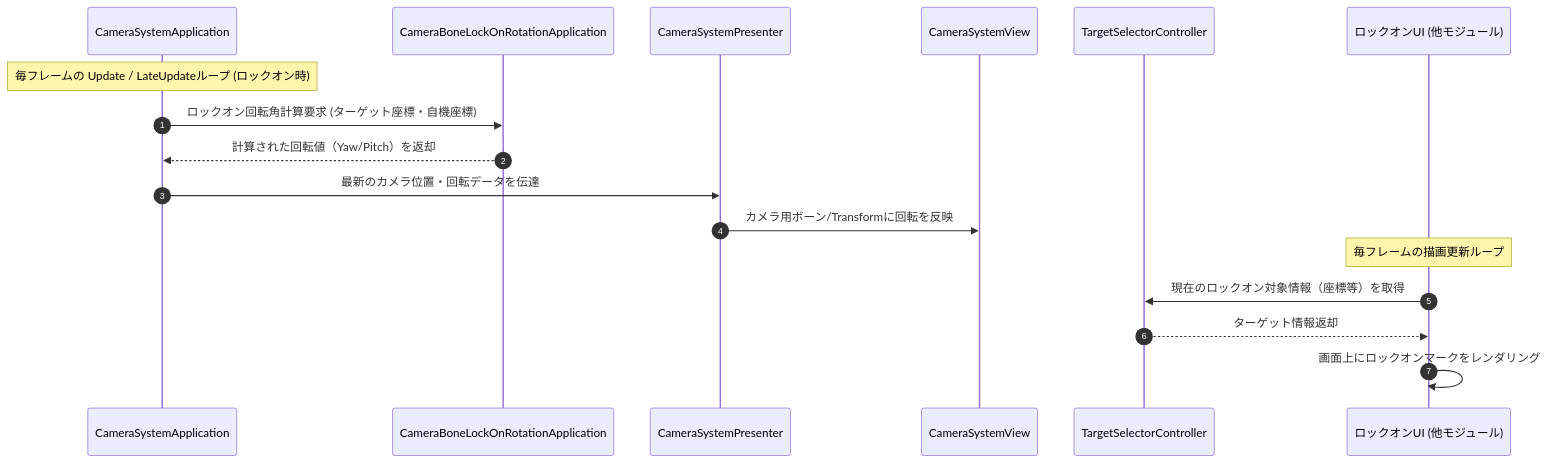
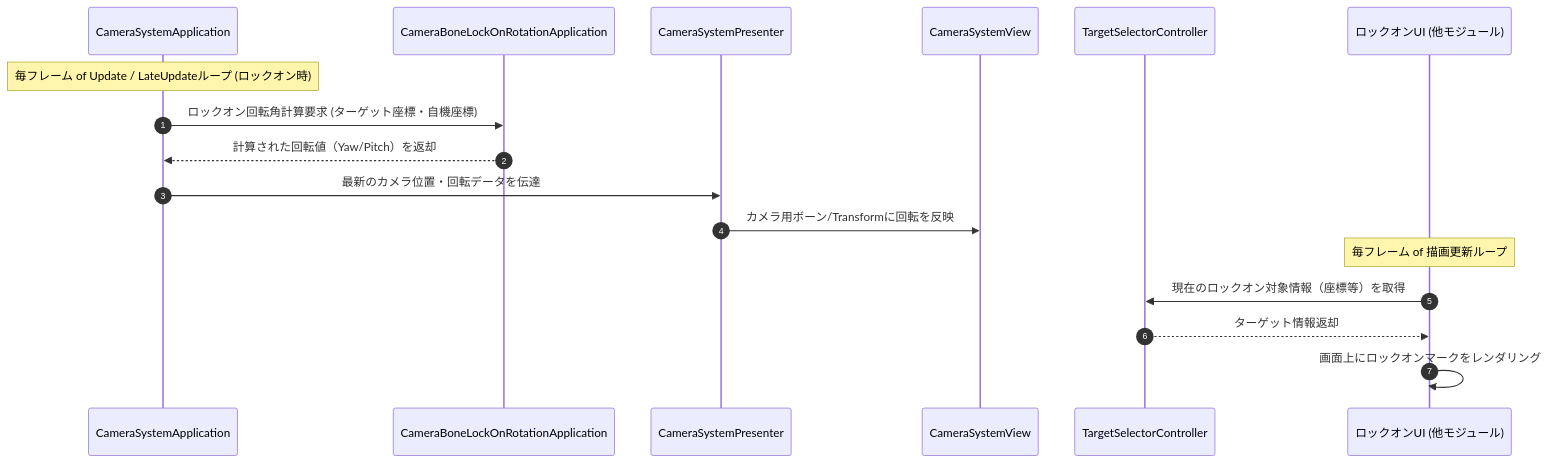
Before and after one commit to HIBIKI5201/SymphonyKillChord: the fourth of 4 diagrams in Assets/Docs/ScriptsDocs/Modules/NotionModuleDocs/Camera.md, drawn with Mermaid. The commit also changed other lines of this file and 5 other files, not shown here.

````diff
--- a/Assets/Docs/ScriptsDocs/Modules/NotionModuleDocs/Camera.md
+++ b/Assets/Docs/ScriptsDocs/Modules/NotionModuleDocs/Camera.md
@@ -143,21 +162,21 @@
 ```mermaid
 sequenceDiagram
     autonumber
     participant CSApp as CameraSystemApplication
     participant CBLR as CameraBoneLockOnRotationApplication
     participant CSPres as CameraSystemPresenter
     participant CSView as CameraSystemView
     participant TSC as TargetSelectorController
     participant OtherUI as ロックオンUI (他モジュール)
 
-    Note over CSApp: 毎フレームの Update / LateUpdateループ (ロックオン時)
+    Note over CSApp: 毎フレーム of Update / LateUpdateループ (ロックオン時)
     CSApp ->> CBLR: ロックオン回転角計算要求 (ターゲット座標・自機座標)
     CBLR -->> CSApp: 計算された回転値（Yaw/Pitch）を返却
     CSApp ->> CSPres: 最新のカメラ位置・回転データを伝達
     CSPres ->> CSView: カメラ用ボーン/Transformに回転を反映
 
-    Note over OtherUI: 毎フレームの描画更新ループ
+    Note over OtherUI: 毎フレーム of 描画更新ループ
     OtherUI ->> TSC: 現在のロックオン対象情報（座標等）を取得
     TSC -->> OtherUI: ターゲット情報返却
     OtherUI ->> OtherUI: 画面上にロックオンマークをレンダリング
 ```
````
